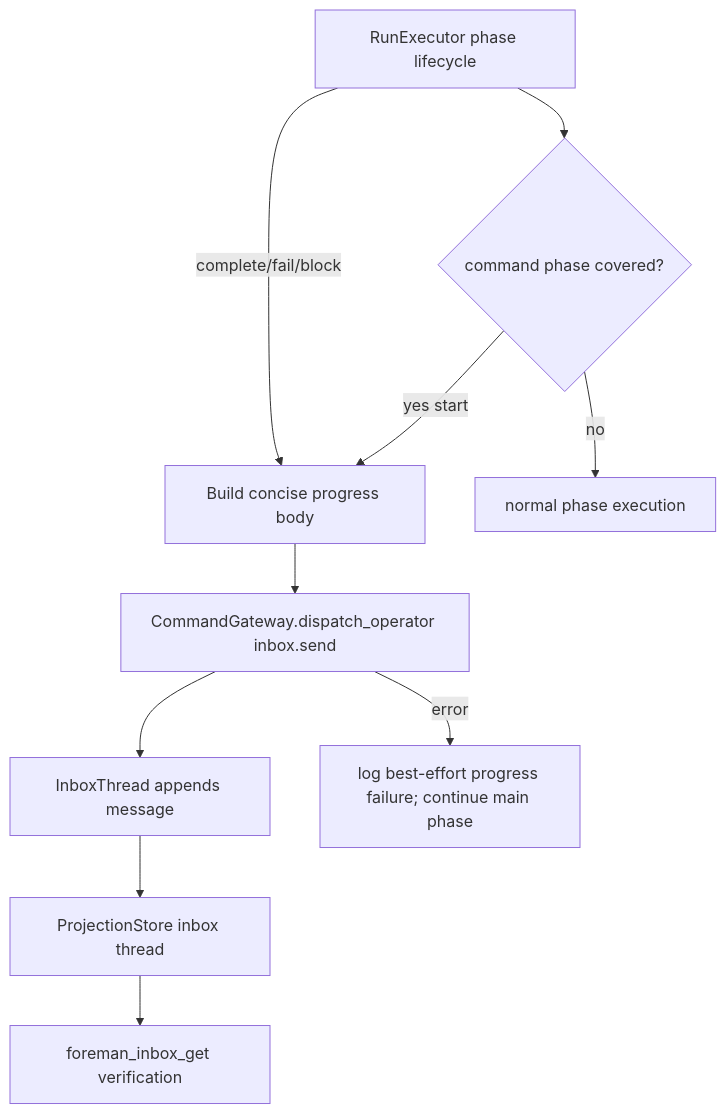
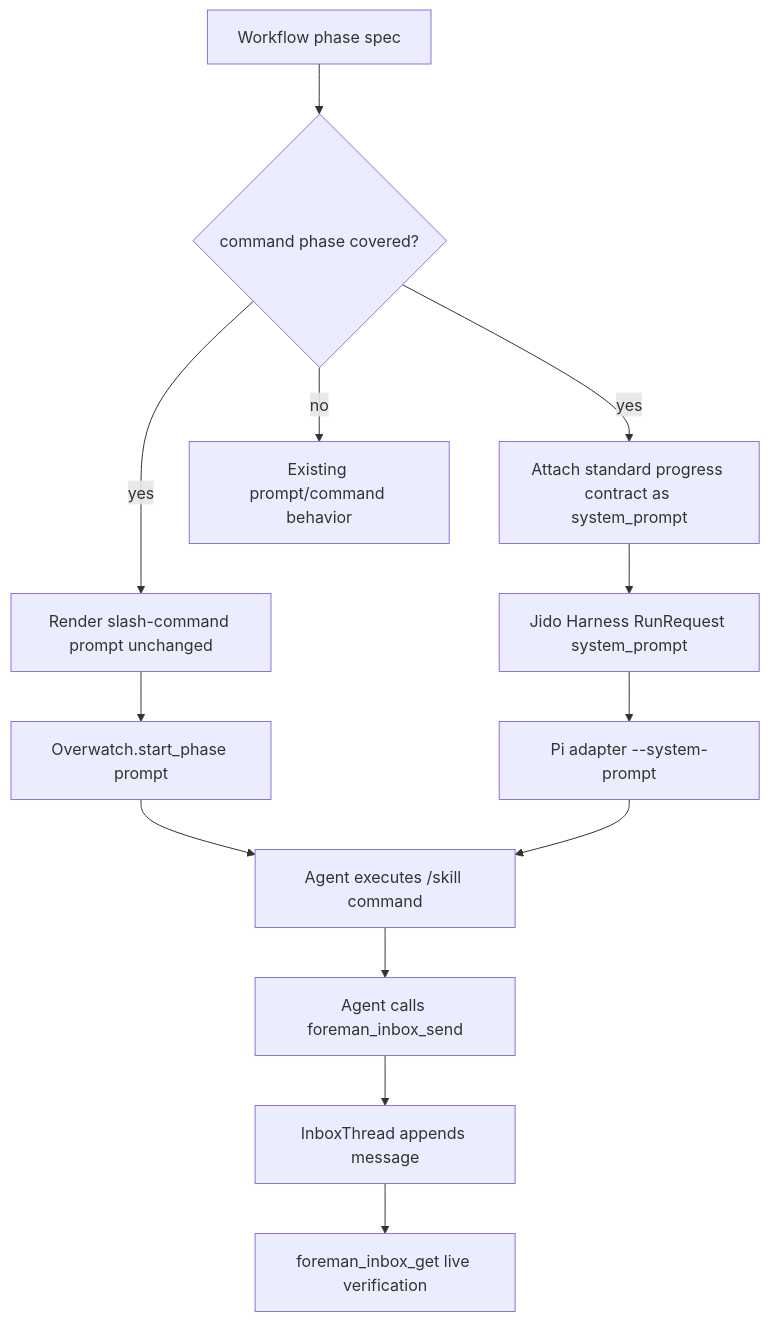
The diagram in docs/TRD/TRD-2026-f2049b7e-inbox-command-phase-progress.md (ldangelo/foreman), drawn with Mermaid before and after one commit. The commit also changed other lines of this file, not shown here.

Commit message:
Foreman run run-e894964c388ae55d62e0b622a40c85cd phase 4

````diff
--- a/docs/TRD/TRD-2026-f2049b7e-inbox-command-phase-progress.md
+++ b/docs/TRD/TRD-2026-f2049b7e-inbox-command-phase-progress.md
@@ -97,12 +101,15 @@
 ```mermaid
 graph TD
-  A[RunExecutor phase lifecycle] --> B{command phase covered?}
-  B -->|yes start| C[Build concise progress body]
-  C --> D[CommandGateway.dispatch_operator inbox.send]
-  D --> E[InboxThread appends message]
-  E --> F[ProjectionStore inbox thread]
-  F --> G[foreman_inbox_get verification]
-  B -->|no| H[normal phase execution]
-  A -->|complete/fail/block| C
-  D -->|error| I[log best-effort progress failure; continue main phase]
+  A[Workflow phase spec] --> B{command phase covered?}
+  B -->|yes| C[Render slash-command prompt unchanged]
+  B -->|yes| D[Attach standard progress contract as system_prompt]
+  B -->|no| E[Existing prompt/command behavior]
+  C --> F[Overwatch.start_phase prompt]
+  D --> G[Jido Harness RunRequest system_prompt]
+  G --> H[Pi adapter --system-prompt]
+  F --> I[Agent executes /skill command]
+  H --> I
+  I --> J[Agent calls foreman_inbox_send]
+  J --> K[InboxThread appends message]
+  K --> L[foreman_inbox_get live verification]
 ```
````
